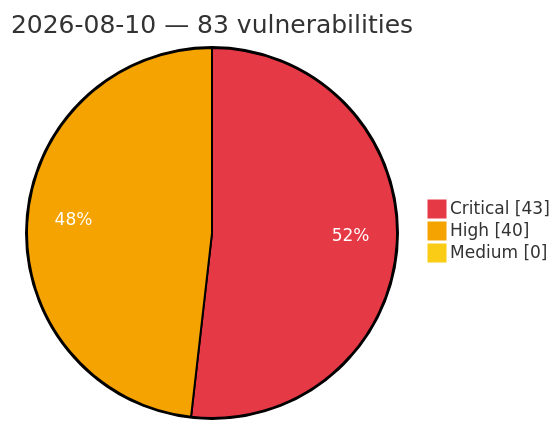
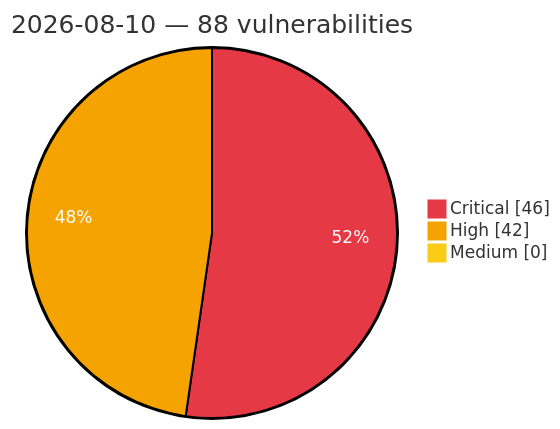
One commit to GhostX0X/vuln-tracker changed the diagram in vulnerabilities/2026/August/2026-08-10.md. Above: the diagram before and after it, drawn with Mermaid. The commit also changed other lines of this file and 5 other files, not shown here.

Commit message:
Auto update: critical/high vulns (2026-08-10 22:47 UTC)

````diff
--- a/vulnerabilities/2026/August/2026-08-10.md
+++ b/vulnerabilities/2026/August/2026-08-10.md
@@ -3,8 +3,8 @@
 ```mermaid
 %%{init: {'theme':'base', 'themeVariables': {'pie1':'#e63946', 'pie2':'#f4a300', 'pie3':'#facc15', 'pieOpacity':'1', 'pieOuterStrokeWidth':'2px', 'pieSectionTextColor':'#ffffff'}}}%%
 pie showData
-    title 2026-08-10 — 83 vulnerabilities
-    "Critical" : 43
-    "High" : 40
+    title 2026-08-10 — 88 vulnerabilities
+    "Critical" : 46
+    "High" : 42
     "Medium" : 0
 ```
````
